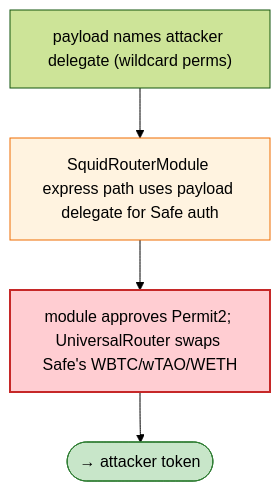
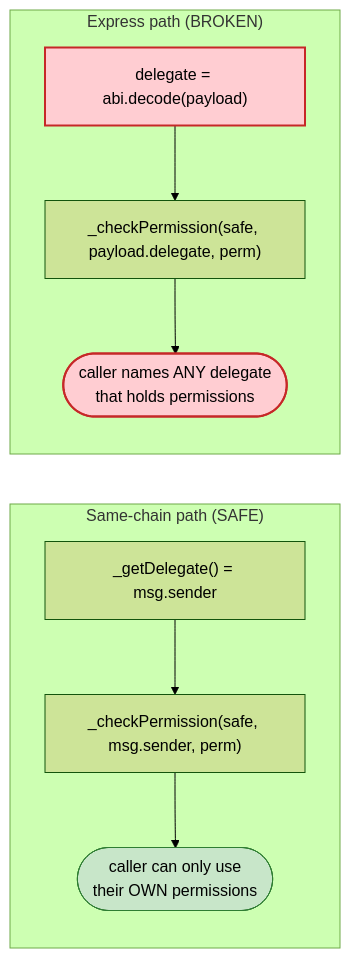
The fourth of 4 diagrams in 2026-05-SquidRouterModule_exp/SquidRouterModule_exp.md (sanbir/evm-hack-registry), drawn with Mermaid (forest theme) before and after one commit. The commit also changed other lines of this file and 32 other files, not shown here.

````diff
--- a/2026-05-SquidRouterModule_exp/SquidRouterModule_exp.md
+++ b/2026-05-SquidRouterModule_exp/SquidRouterModule_exp.md
@@ -41,10 +430,15 @@
 ```mermaid
-flowchart TD
-    P["payload names attacker delegate (wildcard perms)"] --> M["SquidRouterModule express path uses payload delegate for Safe auth"]
-    M --> A["module approves Permit2; UniversalRouter swaps Safe's WBTC/wTAO/WETH"]
-    A --> OUT(["→ attacker token"])
+flowchart LR
+    subgraph Safe_path["Same-chain path (SAFE)"]
+        SC["_getDelegate() = msg.sender"] --> SC2["_checkPermission(safe, msg.sender, perm)"]
+        SC2 --> SC3(["caller can only use<br/>their OWN permissions"])
+    end
+    subgraph Exp_path["Express path (BROKEN)"]
+        EP["delegate = abi.decode(payload)"] --> EP2["_checkPermission(safe, payload.delegate, perm)"]
+        EP2 --> EP3(["caller names ANY delegate<br/>that holds permissions"])
+    end
 
-    style M fill:#fff3e0,stroke:#ef6c00
-    style A fill:#ffcdd2,stroke:#c62828,stroke-width:2px
-    style OUT fill:#c8e6c9,stroke:#2e7d32
+    style EP fill:#ffcdd2,stroke:#c62828,stroke-width:2px
+    style EP3 fill:#ffcdd2,stroke:#c62828,stroke-width:2px
+    style SC3 fill:#c8e6c9,stroke:#2e7d32
 ```
````
